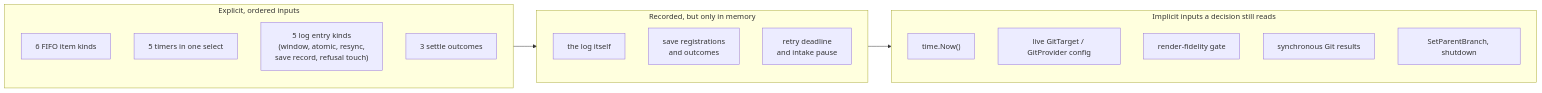
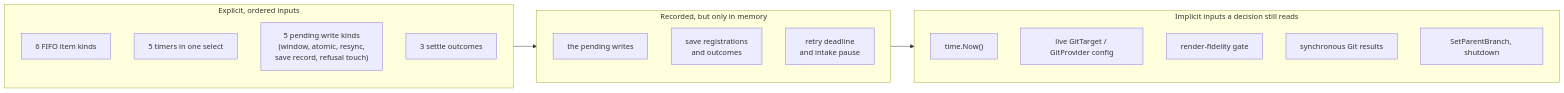
Before and after one commit to ConfigButler/gitops-reverser: diagram 12 of 12 in docs/design/event-pipeline-overview.md, drawn with Mermaid. The commit also changed other lines of this file and 32 other files, not shown here.

First line of the commit message:
refactor(git): call what a branch worker holds its pending writes

````diff
--- a/docs/design/event-pipeline-overview.md
+++ b/docs/design/event-pipeline-overview.md
@@ -453,22 +453,22 @@
 ```mermaid
 flowchart LR
     subgraph YES["Explicit, ordered inputs"]
         Y1["6 FIFO item kinds"]
         Y2["5 timers in one select"]
-        Y3["5 log entry kinds<br/>(window, atomic, resync,<br/>save record, refusal touch)"]
+        Y3["5 pending write kinds<br/>(window, atomic, resync,<br/>save record, refusal touch)"]
         Y4["3 settle outcomes"]
     end
     subgraph PARTLY["Recorded, but only in memory"]
-        P1["the log itself"]
+        P1["the pending writes"]
         P2["save registrations<br/>and outcomes"]
         P3["retry deadline<br/>and intake pause"]
     end
     subgraph NO["Implicit inputs a decision still reads"]
         N1["time.Now()"]
         N2["live GitTarget / GitProvider config"]
         N3["render-fidelity gate"]
         N4["synchronous Git results"]
         N5["SetParentBranch, shutdown"]
     end
     YES --> PARTLY --> NO
 ```
````
